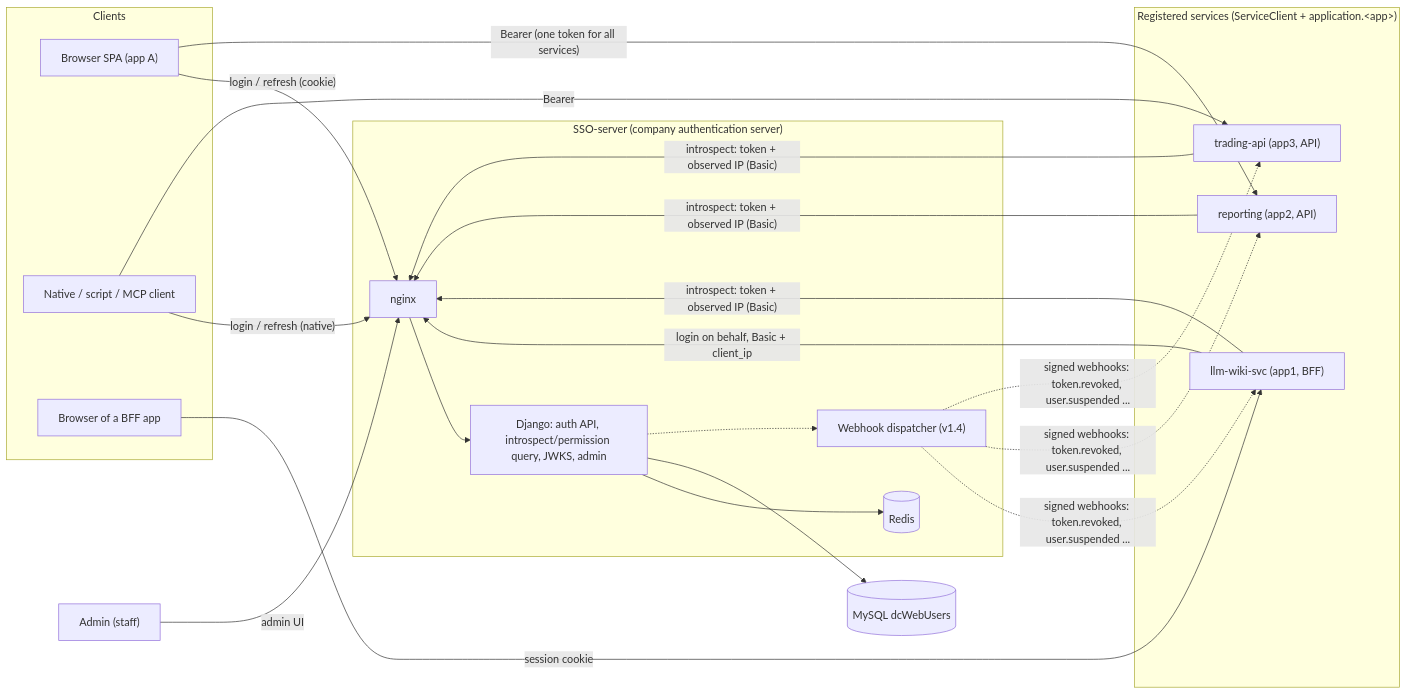
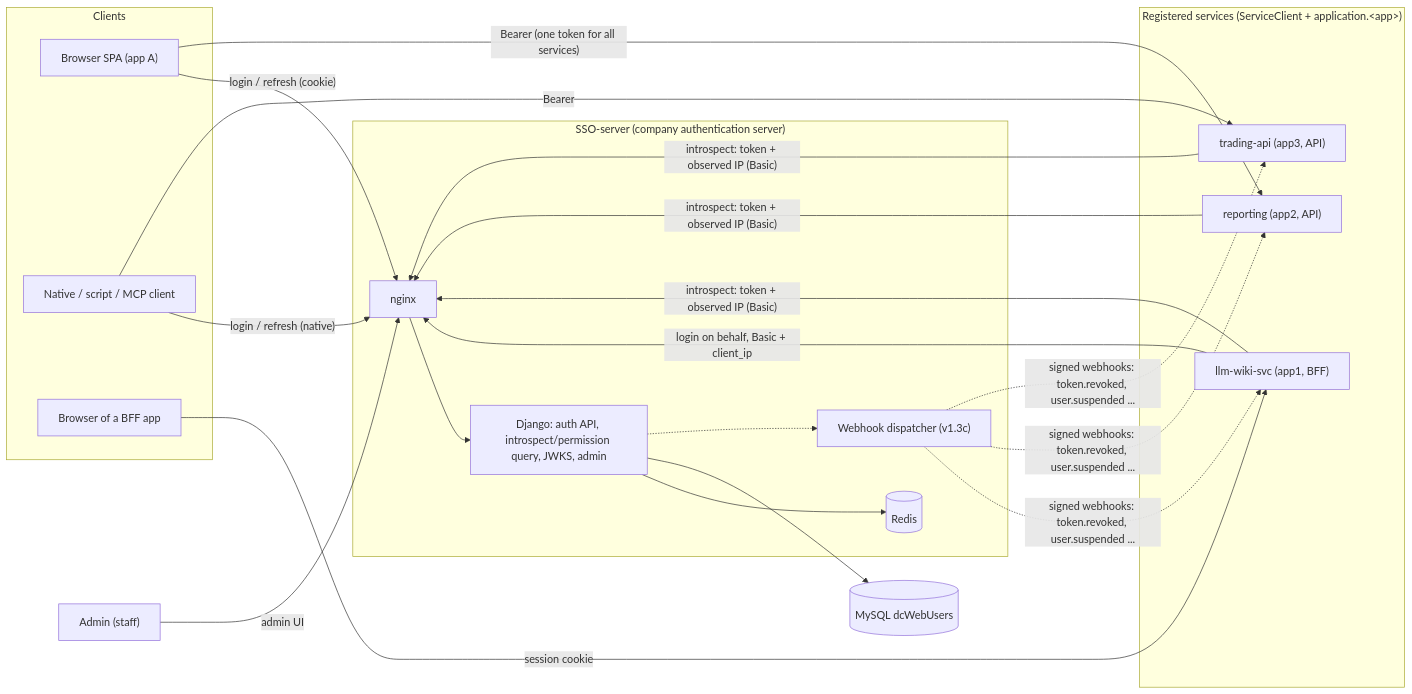
The first of 11 diagrams in docs/DESIGN-v1.2-requirements.md (Neural-Matrix-LLC/SSO-server), drawn with Mermaid before and after one commit. The commit also changed other lines of this file and 8 other files, not shown here.

````diff
--- a/docs/DESIGN-v1.2-requirements.md
+++ b/docs/DESIGN-v1.2-requirements.md
@@ -51,34 +51,34 @@
 ```mermaid
 flowchart LR
   subgraph Clients
     SPA["Browser SPA (app A)"]
     NAT["Native / script / MCP client"]
     BRW["Browser of a BFF app"]
   end
   subgraph Services["Registered services (ServiceClient + application.&lt;app&gt;)"]
     S1["llm-wiki-svc (app1, BFF)"]
     S2["reporting (app2, API)"]
     S3["trading-api (app3, API)"]
   end
   subgraph SSO["SSO-server (company authentication server)"]
     NG["nginx"]
     DJ["Django: auth API, introspect/permission query, JWKS, admin"]
-    WH["Webhook dispatcher (v1.4)"]
+    WH["Webhook dispatcher (v1.3c)"]
     RD[("Redis")]
   end
   DB[("MySQL dcWebUsers")]
   ADM["Admin (staff)"]
   SPA -- "login / refresh (cookie)" --> NG
   NAT -- "login / refresh (native)" --> NG
   BRW -- "session cookie" --> S1
   S1 -- "login on behalf, Basic + client_ip" --> NG
   SPA -- "Bearer (one token for all services)" --> S2
   NAT -- "Bearer" --> S3
   S1 & S2 & S3 -- "introspect: token + observed IP (Basic)" --> NG
   NG --> DJ
   DJ --> RD
   DJ --> DB
   ADM -- "admin UI" --> NG
   DJ -.-> WH
   WH -. "signed webhooks: token.revoked, user.suspended ..." .-> S1 & S2 & S3
 ```
````
